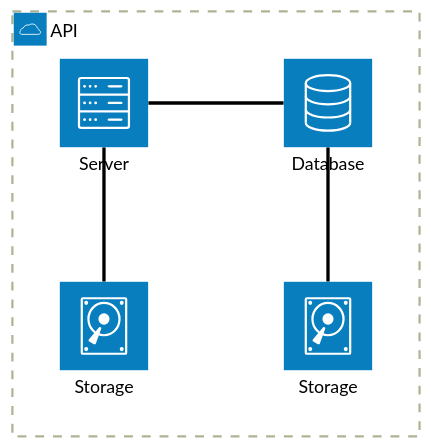
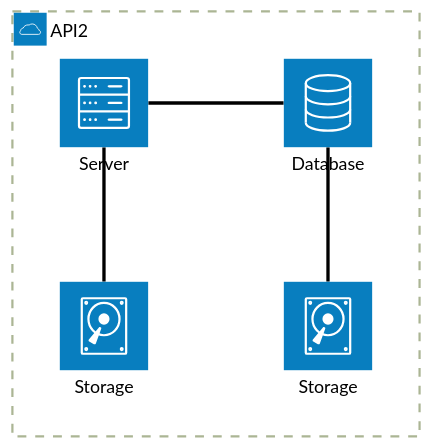
Before and after one commit to john-redd/dotfiles: the first of 2 diagrams in test.md, drawn with Mermaid (forest theme). The commit also changed 6 other files, not shown here.

Commit message:
mermaid diagram support

````diff
--- a/test.md
+++ b/test.md
@@ -1,13 +1,13 @@
 ```mermaid
 architecture-beta
-    group api(cloud)[API]
+    group api(cloud)[API2]
 
     service db(database)[Database] in api
     service disk1(disk)[Storage] in api
     service disk2(disk)[Storage] in api
     service server(server)[Server] in api
 
     db:L -- R:server
     disk1:T -- B:server
     disk2:T -- B:db
 ```
````
